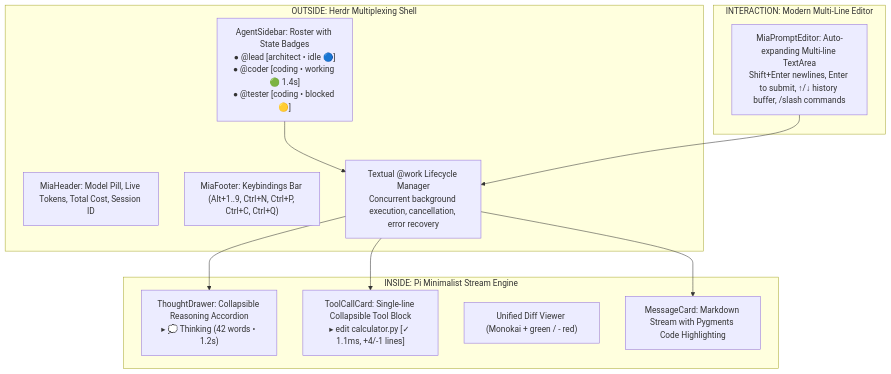
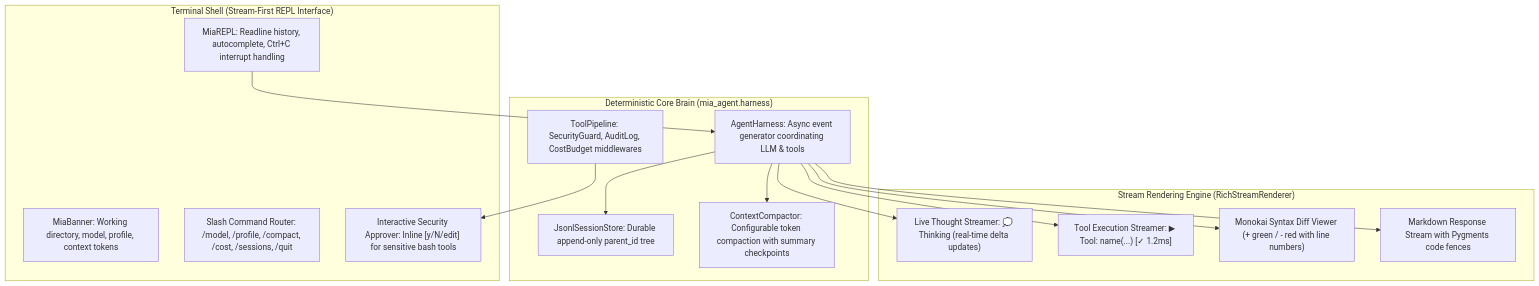
Before and after one commit to sovorn-c/mia: the diagram in specs/mia_tui_harness.md, drawn with Mermaid. The commit also changed other lines of this file and 3 other files, not shown here.

Commit message:
feat(cli): stream-first interactive coding REPL harness with live Rich streaming, slash commands, and history

````diff
--- a/specs/mia_tui_harness.md
+++ b/specs/mia_tui_harness.md
@@ -13,24 +9,28 @@
 ```mermaid
 graph TD
-    subgraph "OUTSIDE: Herdr Multiplexing Shell"
-        Sidebar["AgentSidebar: Roster with State Badges<br>● @lead [architect • idle 🔵]<br>● @coder [coding • working 🟢 1.4s]<br>● @tester [coding • blocked 🟡]"]
-        Header["MiaHeader: Model Pill, Live Tokens, Total Cost, Session ID"]
-        Footer["MiaFooter: Keybindings Bar (Alt+1..9, Ctrl+N, Ctrl+P, Ctrl+C, Ctrl+Q)"]
-        WorkerEngine["Textual @work Lifecycle Manager<br>Concurrent background execution, cancellation, error recovery"]
+    subgraph "Terminal Shell (Stream-First REPL Interface)"
+        Banner["MiaBanner: Working directory, model, profile, context tokens"]
+        PromptEngine["MiaREPL: Readline history, autocomplete, Ctrl+C interrupt handling"]
+        CommandPalette["Slash Command Router: /model, /profile, /compact, /cost, /sessions, /quit"]
+        ApprovalHandler["Interactive Security Approver: Inline [y/N/edit] for sensitive bash tools"]
     end
 
-    subgraph "INSIDE: Pi Minimalist Stream Engine"
-        ThoughtBlock["ThoughtDrawer: Collapsible Reasoning Accordion<br>▸ 💭 Thinking (42 words • 1.2s)"]
-        ToolCard["ToolCallCard: Single-line Collapsible Tool Block<br>▸ edit calculator.py [✓ 1.1ms, +4/-1 lines]"]
-        DiffViewer["Unified Diff Viewer (Monokai + green / - red)"]
-        MessageBlock["MessageCard: Markdown Stream with Pygments Code Highlighting"]
+    subgraph "Stream Rendering Engine (RichStreamRenderer)"
+        ThoughtStream["Live Thought Streamer: 💭 Thinking (real-time delta updates)"]
+        ToolCardStream["Tool Execution Streamer: ▶ Tool: name(...) [✓ 1.2ms]"]
+        DiffStream["Monokai Syntax Diff Viewer (+ green / - red with line numbers)"]
+        ResponseStream["Markdown Response Stream with Pygments code fences"]
     end
 
-    subgraph "INTERACTION: Modern Multi-Line Editor"
-        InputEditor["MiaPromptEditor: Auto-expanding Multi-line TextArea<br>Shift+Enter newlines, Enter to submit, ↑/↓ history buffer, /slash commands"]
+    subgraph "Deterministic Core Brain (mia_agent.harness)"
+        Harness["AgentHarness: Async event generator coordinating LLM & tools"]
+        Pipeline["ToolPipeline: SecurityGuard, AuditLog, CostBudget middlewares"]
+        SessionTree["JsonlSessionStore: Durable append-only parent_id tree"]
+        Compactor["ContextCompactor: Configurable token compaction with summary checkpoints"]
     end
 
-    Sidebar --> WorkerEngine
-    WorkerEngine --> ThoughtBlock & ToolCard & MessageBlock
-    InputEditor --> WorkerEngine
+    PromptEngine --> Harness
+    Harness --> ThoughtStream & ToolCardStream & DiffStream & ResponseStream
+    Pipeline --> ApprovalHandler
+    Harness --> SessionTree & Compactor
 ```
````
